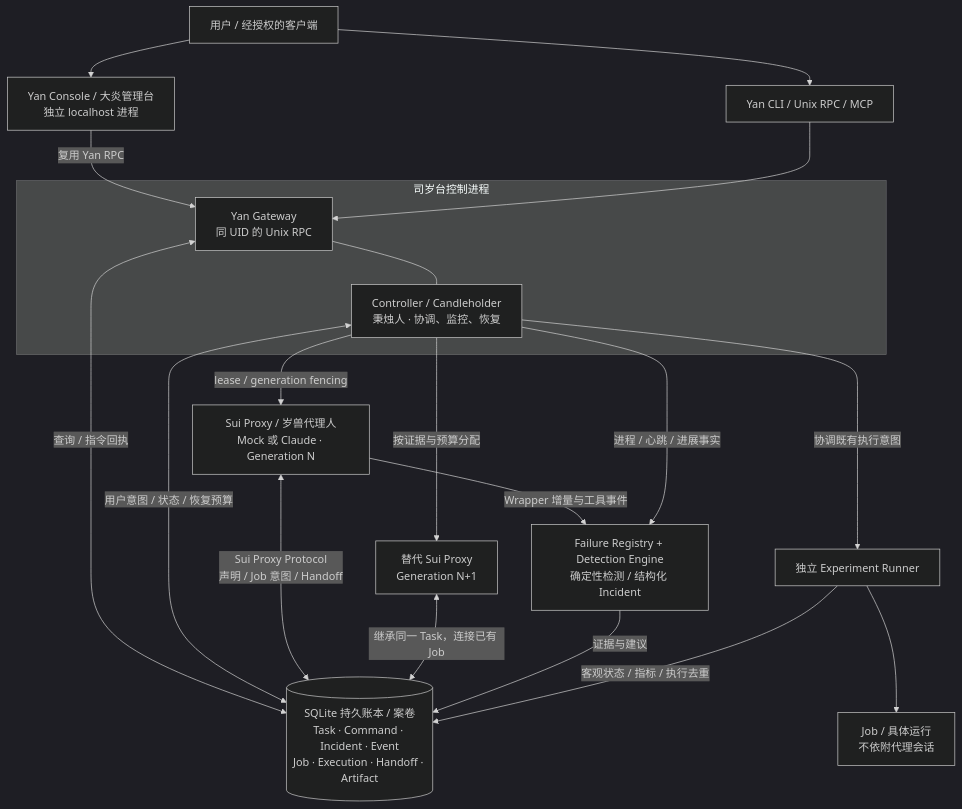
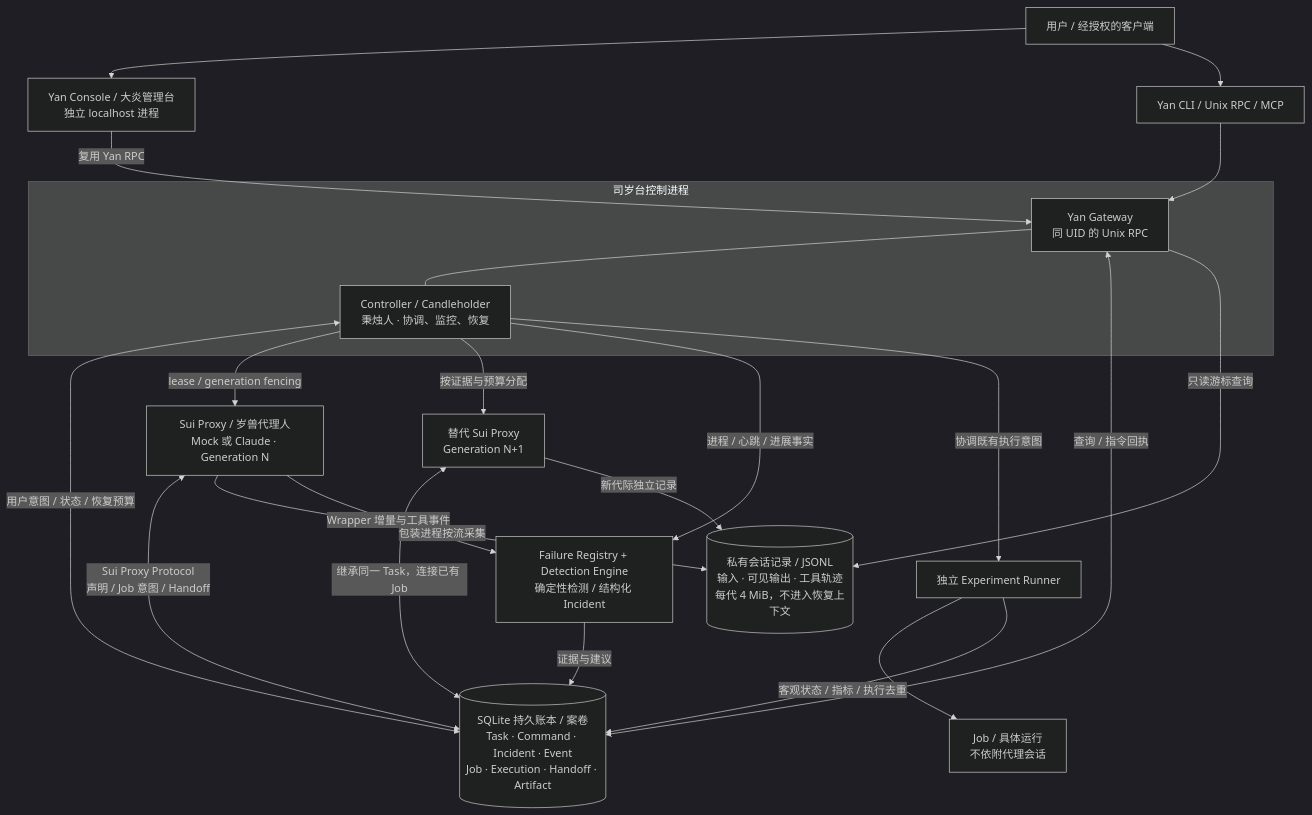
The diagram in docs/ARCHITECTURE.md (RabbitEG/sui_regulator), drawn with Mermaid (dark theme) before and after one commit. The commit also changed other lines of this file and 20 other files, not shown here.

````diff
--- a/docs/ARCHITECTURE.md
+++ b/docs/ARCHITECTURE.md
@@ -7,33 +7,37 @@
 ```mermaid
 flowchart TB
     User[用户 / 经授权的客户端]
     Web[Yan Console / 大炎管理台<br/>独立 localhost 进程]
     API[Yan CLI / Unix RPC / MCP]
     User --> Web
     User --> API
     subgraph Control[司岁台控制进程]
         Gateway[Yan Gateway<br/>同 UID 的 Unix RPC]
         C[Controller / Candleholder<br/>秉烛人 · 协调、监控、恢复]
         Gateway --- C
     end
     Web -->|复用 Yan RPC| Gateway
     API --> Gateway
     Ledger[(SQLite 持久账本 / 案卷<br/>Task · Command · Incident · Event<br/>Job · Execution · Handoff · Artifact)]
     Gateway <-->|查询 / 指令回执| Ledger
     C <-->|用户意图 / 状态 / 恢复预算| Ledger
     P[Sui Proxy / 岁兽代理人<br/>Mock 或 Claude · Generation N]
     P2[替代 Sui Proxy<br/>Generation N+1]
     C -->|lease / generation fencing| P
     C -->|按证据与预算分配| P2
     P <-->|Sui Proxy Protocol<br/>声明 / Job 意图 / Handoff| Ledger
     P2 <-->|继承同一 Task，连接已有 Job| Ledger
+    Transcript[(私有会话记录 / JSONL<br/>输入 · 可见输出 · 工具轨迹<br/>每代 4 MiB，不进入恢复上下文)]
+    P -->|包装进程按流采集| Transcript
+    P2 -->|新代际独立记录| Transcript
+    Gateway -->|只读游标查询| Transcript
     Detect[Failure Registry + Detection Engine<br/>确定性检测 / 结构化 Incident]
     P -->|Wrapper 增量与工具事件| Detect
     C -->|进程 / 心跳 / 进展事实| Detect
     Detect -->|证据与建议| Ledger
     R[独立 Experiment Runner]
     J[Job / 具体运行<br/>不依附代理会话]
     C -->|协调既有执行意图| R
     R --> J
     R -->|客观状态 / 指标 / 执行去重| Ledger
 ```
````
